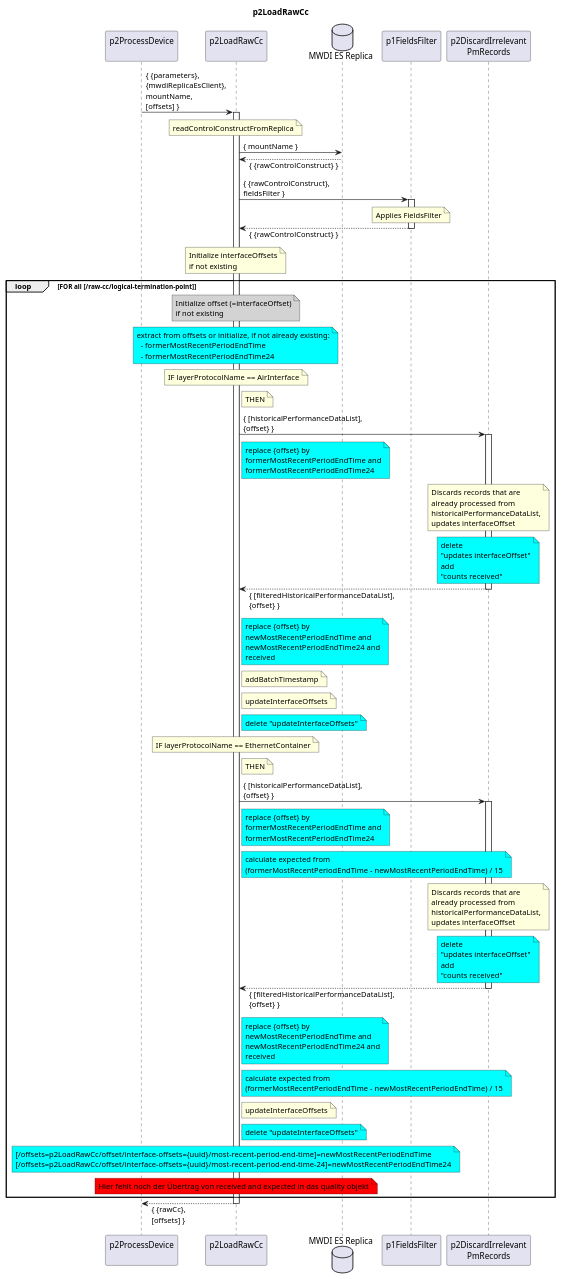
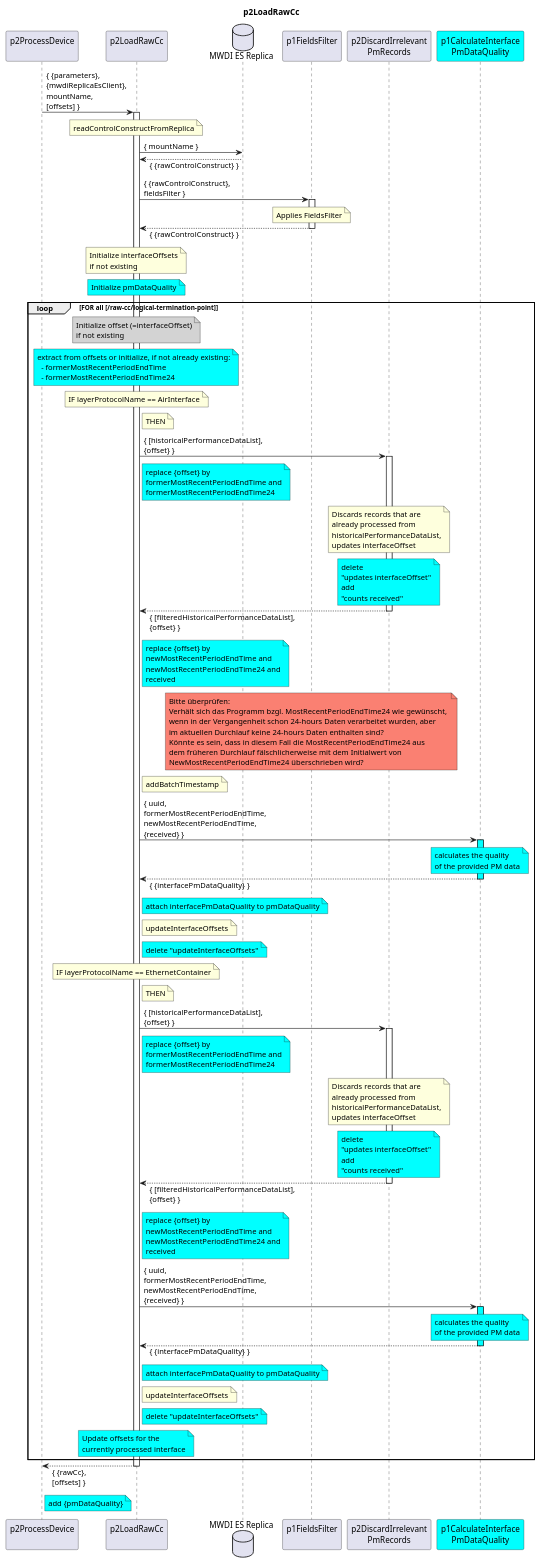
Before and after one commit to openBackhaul/DevicePerformanceManagementDataProcessor: the diagram in spec/Functions/p1StreamPmData/p2ProcessDevice/p2LoadRawCc/1.0.0/p2LoadRawCc.plantuml, drawn with PlantUML. The commit also changed 4 other files, not shown here.

Commit message:
Add quality measurement to p2LoadRawCc

```diff
--- a/spec/Functions/p1StreamPmData/p2ProcessDevice/p2LoadRawCc/1.0.0/p2LoadRawCc.plantuml
+++ b/spec/Functions/p1StreamPmData/p2ProcessDevice/p2LoadRawCc/1.0.0/p2LoadRawCc.plantuml
@@ -1,167 +1,198 @@
 @startuml p2LoadRawCc
 skinparam responseMessageBelowArrow true
 
 title
   p2LoadRawCc
 end title
 
 participant "p2ProcessDevice\n" as requestor
 participant "p2LoadRawCc\n" as cur
 database "MWDI ES Replica" as MwdiEs
 participant "p1FieldsFilter\n" as fieldsFilter
 participant "p2DiscardIrrelevant\nPmRecords" as filterPm
+participant "p1CalculateInterface\nPmDataQuality" as calPmQual #Cyan
 
 requestor -> cur: { {parameters},\n{mwdiReplicaEsClient},\nmountName,\n[offsets] }
 activate cur
 
   note over cur
     readControlConstructFromReplica
   end note
   cur -> MwdiEs: { mountName }
   cur <-- MwdiEs: { {rawControlConstruct} }
 
   cur -> fieldsFilter: { {rawControlConstruct},\nfieldsFilter }
   activate fieldsFilter
     note over fieldsFilter
       Applies FieldsFilter
     end note
   cur <-- fieldsFilter: { {rawControlConstruct} }
   deactivate fieldsFilter
 
   note over cur
     Initialize interfaceOffsets
     if not existing
   end note
 
+  note over cur #Cyan
+    Initialize pmDataQuality
+  end note
+
   loop FOR all [/raw-cc/logical-termination-point]
 
     note over cur #LightGrey
       Initialize offset (=interfaceOffset)
       if not existing
     end note
     note over cur #Cyan
       extract from offsets or initialize, if not already existing:
         - formerMostRecentPeriodEndTime
         - formerMostRecentPeriodEndTime24
     end note
 
     note over cur
       IF layerProtocolName == AirInterface
+    end note
+
+    note right cur
+      THEN
+    end note
+
+    cur -> filterPm: { [historicalPerformanceDataList],\n{offset} }
+    note right cur #Cyan
+      replace {offset} by
+      formerMostRecentPeriodEndTime and
+      formerMostRecentPeriodEndTime24
+    end note
+    activate filterPm
+
+      note over filterPm
+        Discards records that are
+        already processed from
+        historicalPerformanceDataList,
+        updates interfaceOffset
+      end note
+      note over filterPm #Cyan
+        delete
+        "updates interfaceOffset"
+        add
+        "counts received"
+      end note
+
+    cur <-- filterPm: { [filteredHistoricalPerformanceDataList],\n{offset} }
+    note right cur #Cyan
+      replace {offset} by
+      newMostRecentPeriodEndTime and
+      newMostRecentPeriodEndTime24 and
+      received
+    end note
+    deactivate filterPm
+    note over fieldsFilter #Salmon
+      Bitte überprüfen:
+      Verhält sich das Programm bzgl. MostRecentPeriodEndTime24 wie gewünscht, 
+      wenn in der Vergangenheit schon 24-hours Daten verarbeitet wurden, aber
+      im aktuellen Durchlauf keine 24-hours Daten enthalten sind?
+      Könnte es sein, dass in diesem Fall die MostRecentPeriodEndTime24 aus
+      dem früheren Durchlauf fälschlicherweise mit dem Initialwert von
+      NewMostRecentPeriodEndTime24 überschrieben wird?
+    end note
+
+    note right cur
+      addBatchTimestamp
+    end note
+
+    cur -> calPmQual: { uuid,\nformerMostRecentPeriodEndTime,\nnewMostRecentPeriodEndTime,\n{received} }
+    activate calPmQual #Cyan
+
+      note over calPmQual #Cyan
+        calculates the quality
+        of the provided PM data
+      end note
+
+    cur <-- calPmQual: { {interfacePmDataQuality} }
+    deactivate calPmQual
+
+    note right cur #Cyan
+      attach interfacePmDataQuality to pmDataQuality
+    end note
+
+    note right cur
+      updateInterfaceOffsets
+    end note
+    note right cur #Cyan
+      delete "updateInterfaceOffsets"
+    end note
+
+    note over cur
+      IF layerProtocolName == EthernetContainer
     end note
 
     note right cur
       THEN
     end note
 
     cur -> filterPm: { [historicalPerformanceDataList],\n{offset} }
     note right cur #Cyan
       replace {offset} by
       formerMostRecentPeriodEndTime and
       formerMostRecentPeriodEndTime24
     end note
 
     activate filterPm
     note over filterPm
       Discards records that are
       already processed from
       historicalPerformanceDataList,
       updates interfaceOffset
     end note
     note over filterPm #Cyan
       delete
       "updates interfaceOffset"
       add
       "counts received"
     end note
 
     cur <-- filterPm: { [filteredHistoricalPerformanceDataList],\n{offset} }
     note right cur #Cyan
       replace {offset} by
       newMostRecentPeriodEndTime and
       newMostRecentPeriodEndTime24 and
       received
     end note
-
     deactivate filterPm
 
-    note right cur
-      addBatchTimestamp
+    cur -> calPmQual: { uuid,\nformerMostRecentPeriodEndTime,\nnewMostRecentPeriodEndTime,\n{received} }
+    activate calPmQual #Cyan
+
+      note over calPmQual #Cyan
+        calculates the quality
+        of the provided PM data
+      end note
+
+    cur <-- calPmQual: { {interfacePmDataQuality} }
+    deactivate calPmQual
+
+    note right cur #Cyan
+      attach interfacePmDataQuality to pmDataQuality
     end note
 
     note right cur
       updateInterfaceOffsets
     end note
     note right cur #Cyan
       delete "updateInterfaceOffsets"
     end note
-
-    note over cur
-      IF layerProtocolName == EthernetContainer
-    end note
-
-    note right cur
-      THEN
-    end note
-
-    cur -> filterPm: { [historicalPerformanceDataList],\n{offset} }
-    note right cur #Cyan
-      replace {offset} by
-      formerMostRecentPeriodEndTime and
-      formerMostRecentPeriodEndTime24
-    end note
-
-    note right cur #Cyan
-      calculate expected from 
-      (formerMostRecentPeriodEndTime - newMostRecentPeriodEndTime) / 15
-    end note
-
-    activate filterPm
-    note over filterPm
-      Discards records that are
-      already processed from
-      historicalPerformanceDataList,
-      updates interfaceOffset
-    end note
-    note over filterPm #Cyan
-      delete
-      "updates interfaceOffset"
-      add
-      "counts received"
-    end note
-
-    cur <-- filterPm: { [filteredHistoricalPerformanceDataList],\n{offset} }
-    note right cur #Cyan
-      replace {offset} by
-      newMostRecentPeriodEndTime and
-      newMostRecentPeriodEndTime24 and
-      received
-    end note
-
-    note right cur #Cyan
-      calculate expected from 
-      (formerMostRecentPeriodEndTime - newMostRecentPeriodEndTime) / 15
-    end note
-
-    deactivate filterPm
-
-    note right cur
-      updateInterfaceOffsets
-    end note
-    note right cur #Cyan
-      delete "updateInterfaceOffsets"
-    end note
     note over cur #Cyan
-      [/offsets=p2LoadRawCc/offset/interface-offsets={uuid}/most-recent-period-end-time]=newMostRecentPeriodEndTime
-      [/offsets=p2LoadRawCc/offset/interface-offsets={uuid}/most-recent-period-end-time-24]=newMostRecentPeriodEndTime24
-    end note
-
-    note over cur #Red
-      Hier fehlt noch der Übertrag von received and expected in das quality objekt
+      Update offsets for the
+      currently processed interface
     end note
 
   end loop
 
 requestor <-- cur: { {rawCc},\n[offsets] }
+note right requestor #Cyan
+  add {pmDataQuality}
+end note
 deactivate cur
 
 @enduml
```
